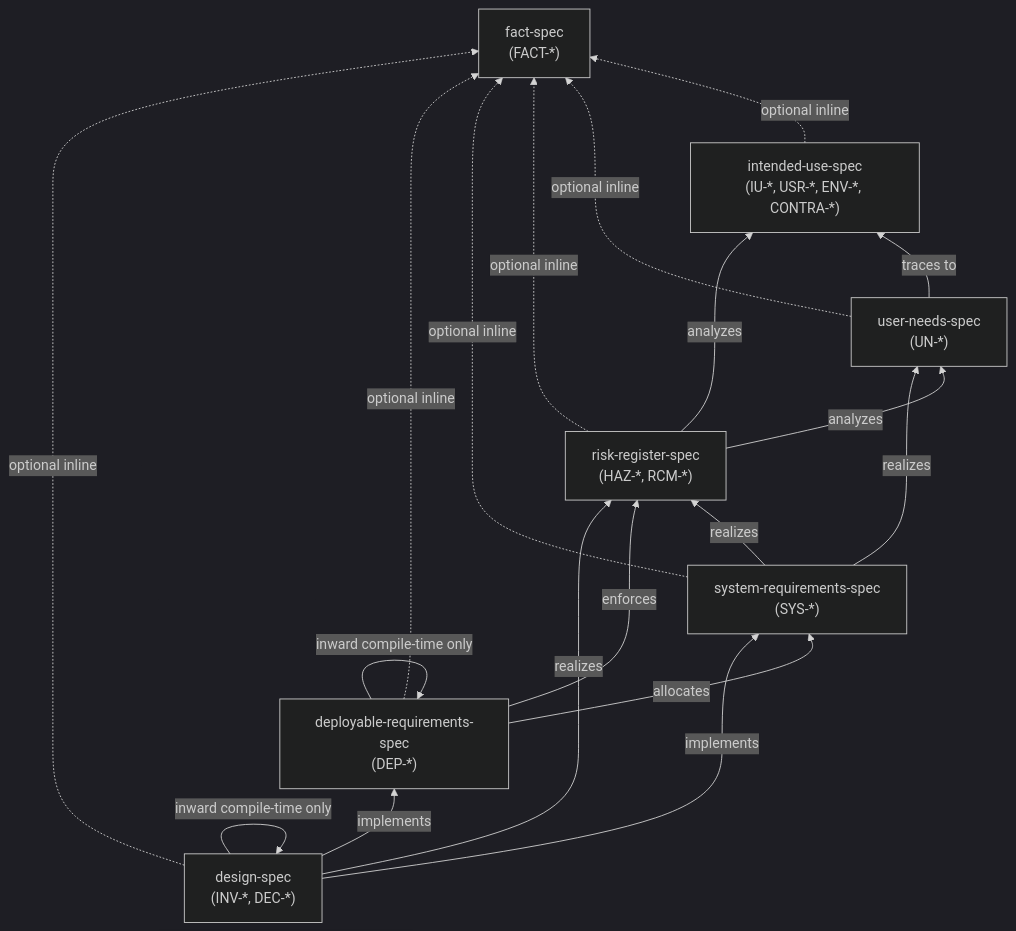
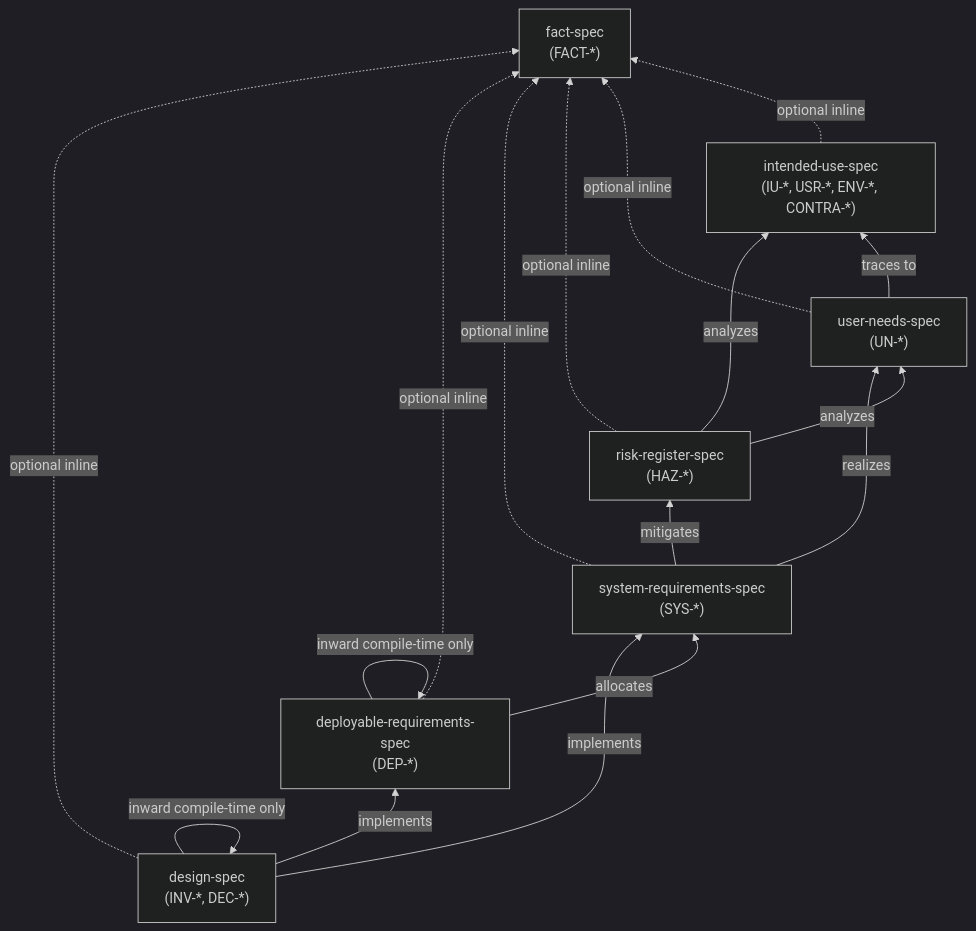
Before and after one commit to zerotwooneone/percolator: the diagram in source/spec/qms-spec.md, drawn with Mermaid (dark theme). The commit also changed other lines of this file and 7 other files, not shown here.

````diff
--- a/source/spec/qms-spec.md
+++ b/source/spec/qms-spec.md
@@ -17,29 +17,27 @@
 ```mermaid
 flowchart BT
     FACT["fact-spec<br/>(FACT-*)"]
     IU["intended-use-spec<br/>(IU-*, USR-*, ENV-*, CONTRA-*)"]
     UN["user-needs-spec<br/>(UN-*)"]
-    RR["risk-register-spec<br/>(HAZ-*, RCM-*)"]
+    RR["risk-register-spec<br/>(HAZ-*)"]
     SYS["system-requirements-spec<br/>(SYS-*)"]
     DEP["deployable-requirements-spec<br/>(DEP-*)"]
     DSN["design-spec<br/>(INV-*, DEC-*)"]
 
     IU -.->|optional inline| FACT
     UN -->|traces to| IU
     UN -.->|optional inline| FACT
     RR -->|analyzes| IU
     RR -->|analyzes| UN
     RR -.->|optional inline| FACT
     SYS -->|realizes| UN
-    SYS -->|realizes| RR
+    SYS -->|mitigates| RR
     SYS -.->|optional inline| FACT
     DEP -->|allocates| SYS
-    DEP -->|enforces| RR
     DEP -->|inward compile-time only| DEP
     DEP -.->|optional inline| FACT
     DSN -->|implements| DEP
     DSN -->|implements| SYS
-    DSN -->|realizes| RR
     DSN -->|inward compile-time only| DSN
     DSN -.->|optional inline| FACT
 ```
````
